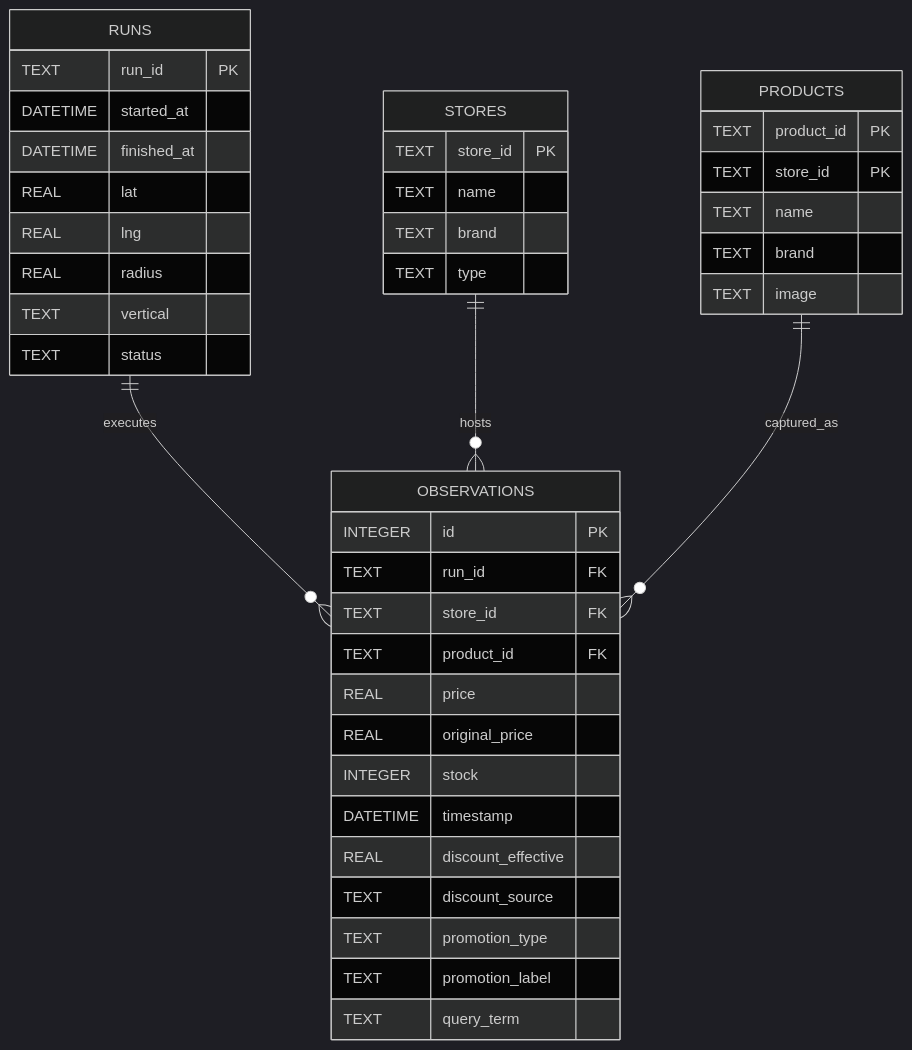
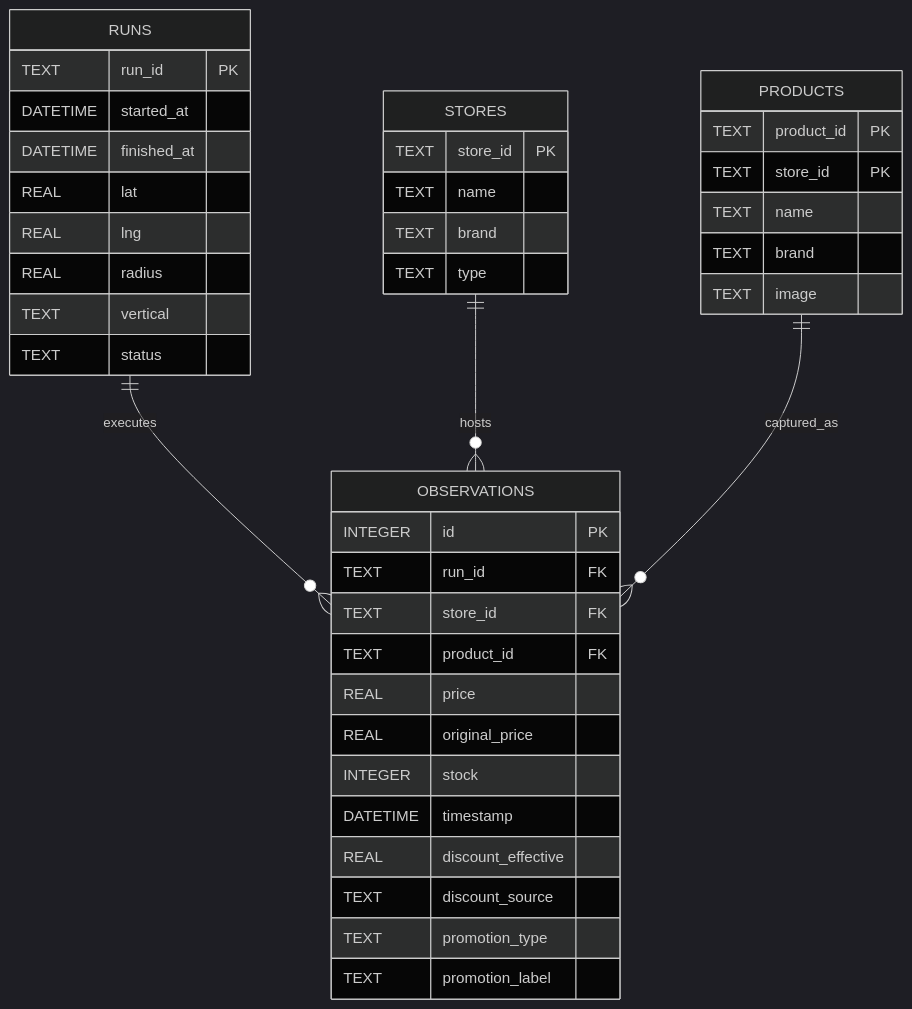
Before and after one commit to yorologo/DealHunter: the diagram in docs/diagrams/database.md, drawn with Mermaid (dark theme). The commit also changed 34 other files, not shown here.

````diff
--- a/docs/diagrams/database.md
+++ b/docs/diagrams/database.md
@@ -3,48 +3,47 @@
 ```mermaid
 erDiagram
     RUNS ||--o{ OBSERVATIONS : executes
     STORES ||--o{ OBSERVATIONS : hosts
     PRODUCTS ||--o{ OBSERVATIONS : captured_as
     
     RUNS {
         TEXT run_id PK
         DATETIME started_at
         DATETIME finished_at
         REAL lat
         REAL lng
         REAL radius
         TEXT vertical
         TEXT status
     }
 
     STORES {
         TEXT store_id PK
         TEXT name
         TEXT brand
         TEXT type
     }
 
     PRODUCTS {
         TEXT product_id PK
         TEXT store_id PK
         TEXT name
         TEXT brand
         TEXT image
     }
 
     OBSERVATIONS {
         INTEGER id PK
         TEXT run_id FK
         TEXT store_id FK
         TEXT product_id FK
         REAL price
         REAL original_price
         INTEGER stock
         DATETIME timestamp
         REAL discount_effective
         TEXT discount_source
         TEXT promotion_type
         TEXT promotion_label
-        TEXT query_term
     }
 ```
````
